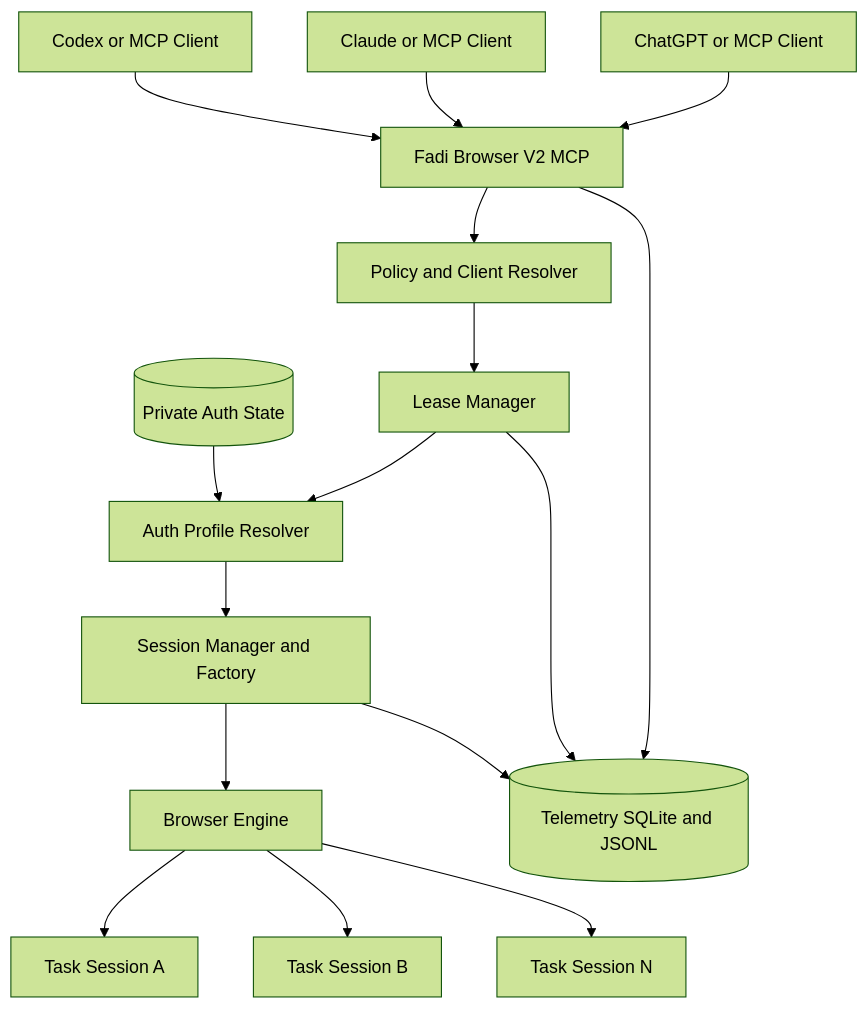
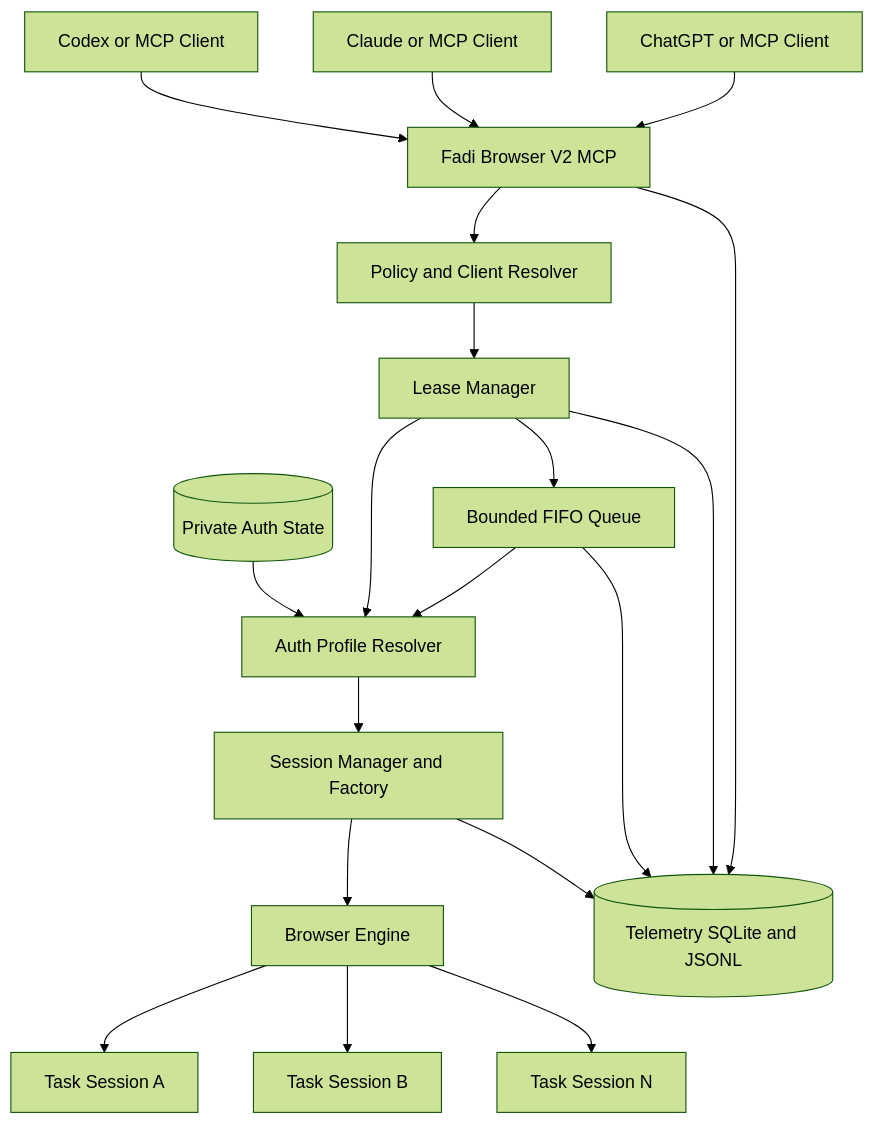
Before and after one commit to FadiAboAlward/Fadi_Browser_v2: the diagram in ARCHITECTURE.md, drawn with Mermaid (forest theme). The commit also changed other lines of this file, not shown here.

Commit message:
docs: refine lease queue and diagnostics architecture

```diff
--- a/ARCHITECTURE.md
+++ b/ARCHITECTURE.md
@@ -32,33 +32,37 @@
 ~~~mermaid
 flowchart TD
     C1[ChatGPT or MCP Client]
     C2[Claude or MCP Client]
     C3[Codex or MCP Client]
     M[Fadi Browser V2 MCP]
     P[Policy and Client Resolver]
     L[Lease Manager]
+    Q[Bounded FIFO Queue]
     A[Auth Profile Resolver]
     S[Session Manager and Factory]
     E[Browser Engine]
     B1[Task Session A]
     B2[Task Session B]
     BN[Task Session N]
     T[(Telemetry SQLite and JSONL)]
     R[(Private Auth State)]
 
     C1 --> M
     C2 --> M
     C3 --> M
     M --> P
     P --> L
+    L --> Q
+    Q --> A
     L --> A
     A --> S
     S --> E
     E --> B1
     E --> B2
     E --> BN
     R --> A
     M --> T
     L --> T
+    Q --> T
     S --> T
 ~~~
```
